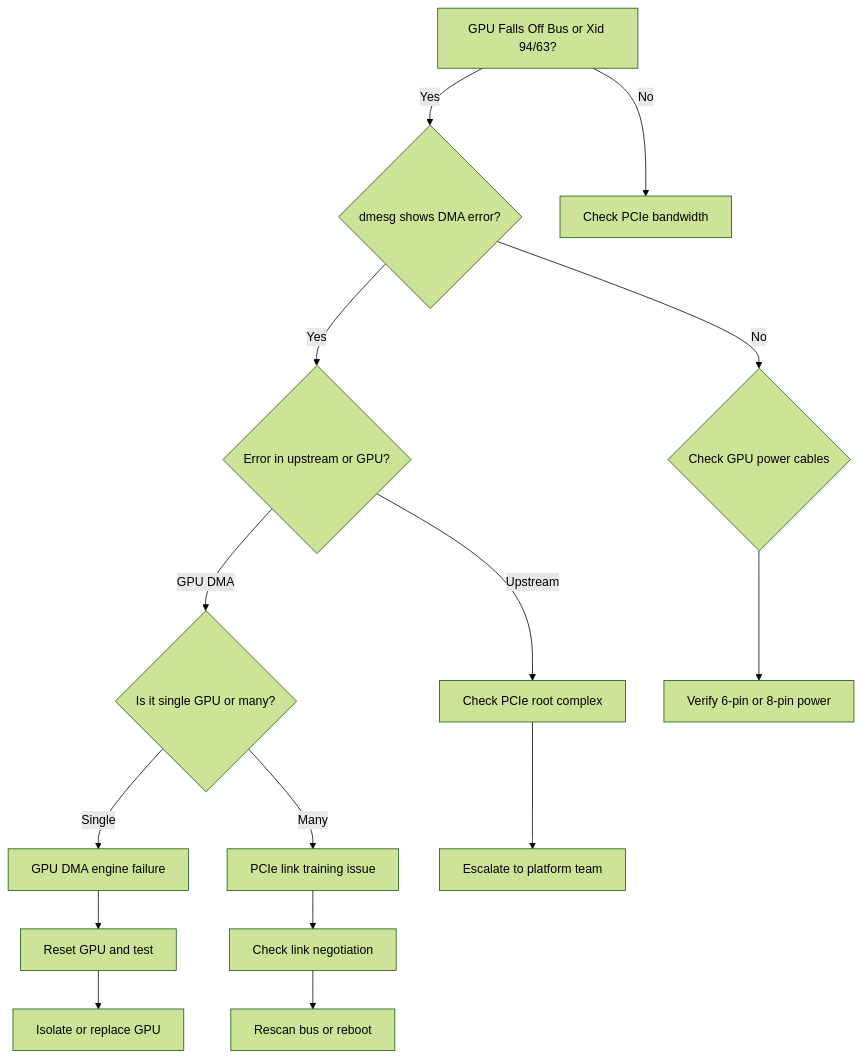
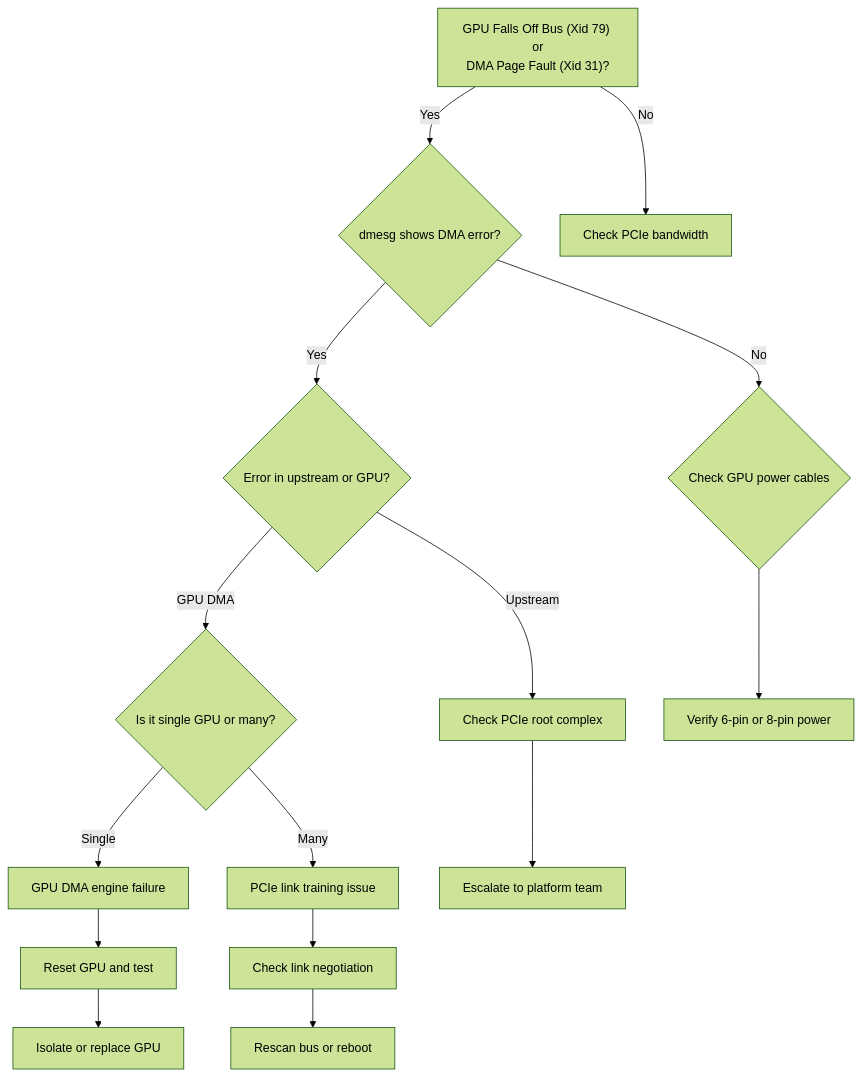
One commit to jithinpnjm/nvidia-devops changed the diagram in docs/nvidia-zero-to-hero/volume-20/chapter-07-dma-engine-failures-and-pcie-issues.md. Above: the diagram before and after it, drawn with Mermaid (forest theme). The commit also changed other lines of this file and 9 other files, not shown here.

````diff
--- a/docs/nvidia-zero-to-hero/volume-20/chapter-07-dma-engine-failures-and-pcie-issues.md
+++ b/docs/nvidia-zero-to-hero/volume-20/chapter-07-dma-engine-failures-and-pcie-issues.md
@@ -30,17 +30,17 @@
 ```mermaid
 flowchart TD
-    A["GPU Falls Off Bus or Xid 94/63?"] -->|Yes| B{"dmesg shows DMA error?"}
+    A["GPU Falls Off Bus (Xid 79) or<br/>DMA Page Fault (Xid 31)?"] -->|Yes| B{"dmesg shows DMA error?"}
     A -->|No| C["Check PCIe bandwidth"]
     B -->|Yes| D{"Error in upstream or GPU?"}
     B -->|No| E{"Check GPU power cables"}
     D -->|Upstream| F["Check PCIe root complex"]
     D -->|GPU DMA| G{"Is it single GPU or many?"}
     G -->|Single| H["GPU DMA engine failure"]
     G -->|Many| I["PCIe link training issue"]
     F --> J["Escalate to platform team"]
     H --> K["Reset GPU and test"]
     I --> L["Check link negotiation"]
     E --> M["Verify 6-pin or 8-pin power"]
     K --> N["Isolate or replace GPU"]
     L --> O["Rescan bus or reboot"]
 ```
````
